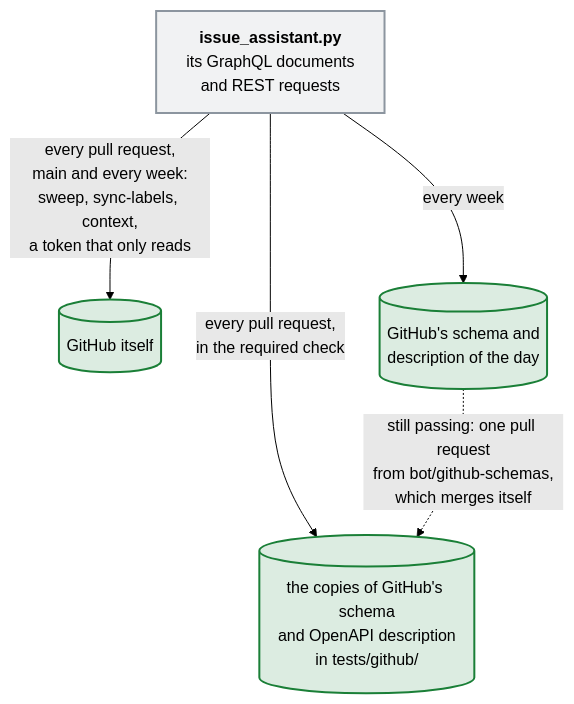
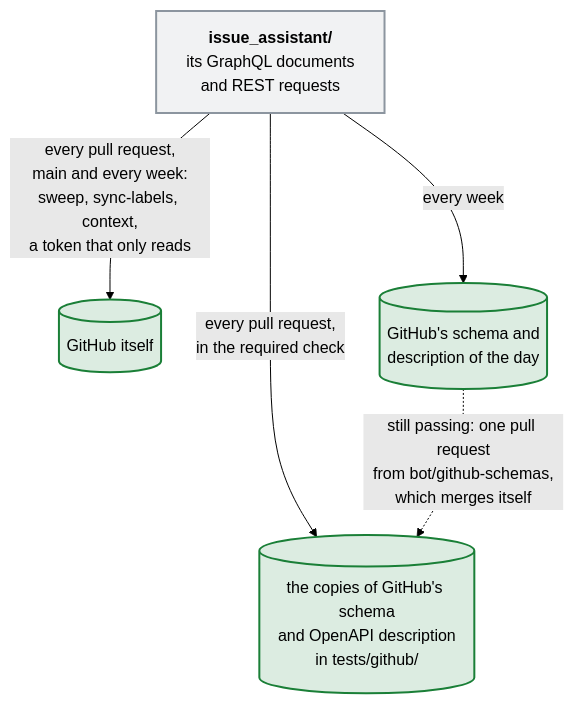
Before and after one commit to Dennis-Otto/issue-assistant: the diagram in docs/diagrams/three-checks-of-the-requests-to-github.mmd, drawn with Mermaid (forest theme). The commit also changed 113 other files, not shown here.

First line of the commit message:
refactor: split issue_assistant.py into a package along its sections (#243)

```diff
--- a/docs/diagrams/three-checks-of-the-requests-to-github.mmd
+++ b/docs/diagrams/three-checks-of-the-requests-to-github.mmd
@@ -1,15 +1,15 @@
 flowchart TB
   accTitle: Three checks of the requests to GitHub
-  accDescr: The GraphQL documents and the REST requests of issue_assistant.py, each with the version of GitHub's API, meet the copies of GitHub's schema and OpenAPI description in the required check of every pull request. The commands sweep, sync-labels and context run against GitHub itself with a token that can only read, on every pull request, on main and every week. Every week the requests also meet the schema and the description that GitHub publishes that day. When those differ from the copies and the requests still pass, one pull request from bot/github-schemas refreshes the copies and merges itself.
-  script["`**issue_assistant.py**<br>its GraphQL documents<br>and REST requests`"]
+  accDescr: The GraphQL documents and the REST requests of the package issue_assistant, each with the version of GitHub's API, meet the copies of GitHub's schema and OpenAPI description in the required check of every pull request. The commands sweep, sync-labels and context run against GitHub itself with a token that can only read, on every pull request, on main and every week. Every week the requests also meet the schema and the description that GitHub publishes that day. When those differ from the copies and the requests still pass, one pull request from bot/github-schemas refreshes the copies and merges itself.
+  script["`**issue_assistant/**<br>its GraphQL documents<br>and REST requests`"]
   copy[("the copies of GitHub's schema<br>and OpenAPI description<br>in tests/github/")]
   github[("GitHub itself")]
   today[("GitHub's schema and<br>description of the day")]
   script -- "every pull request,<br>in the required check" --> copy
   script -- "every pull request,<br>main and every week:<br>sweep, sync-labels, context,<br>a token that only reads" --> github
   script -- "every week" --> today
   today -. "still passing: one pull request<br>from bot/github-schemas,<br>which merges itself" .-> copy
   classDef code fill:#8c959f1f,stroke:#8c959f,stroke-width:2px
   classDef safe fill:#1a7f3726,stroke:#1a7f37,stroke-width:2px
   class script code
   class copy,github,today safe
```
